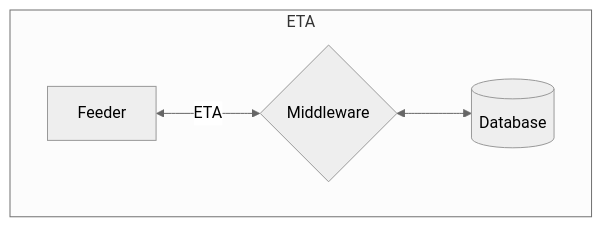
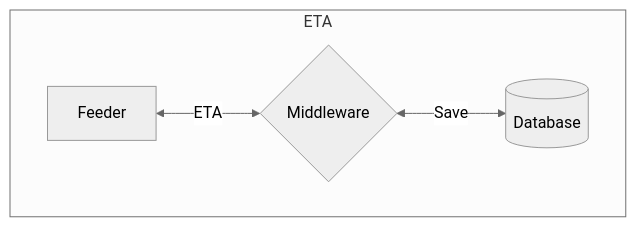
Before and after one commit to Jaivignesh-afk/example: the first of 3 diagrams in Design.md, drawn with Mermaid (neutral theme). The commit also changed other lines of this file, not shown here.

Commit message:
Design.md updated from https://stackedit.io/

````diff
--- a/Design.md
+++ b/Design.md
@@ -2,7 +2,7 @@
 ```mermaid
-graph
+flowchart TD
 subgraph ETA
 A[Feeder] <--ETA--> C{Middleware}
-C <--> B[(Database)]
+C <--Save--> B[(Database)]
 end
 ```
````
